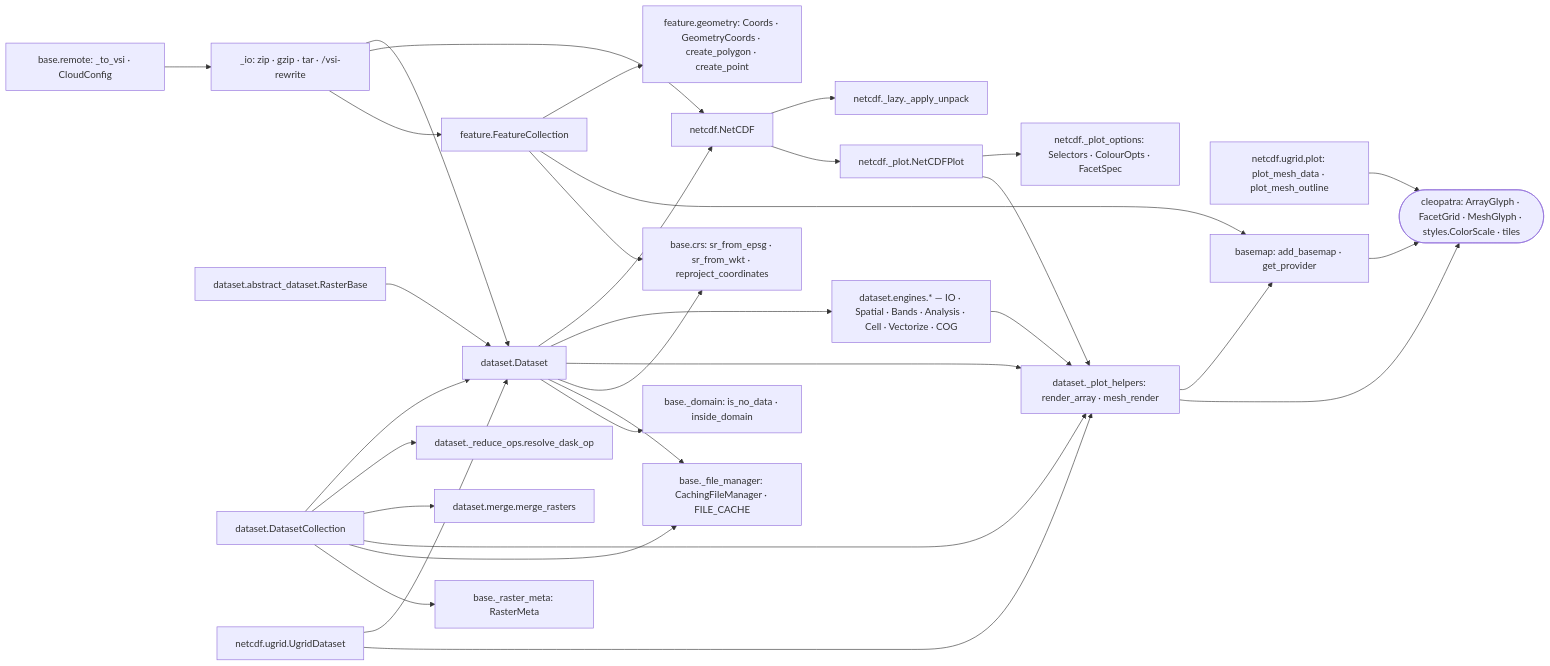
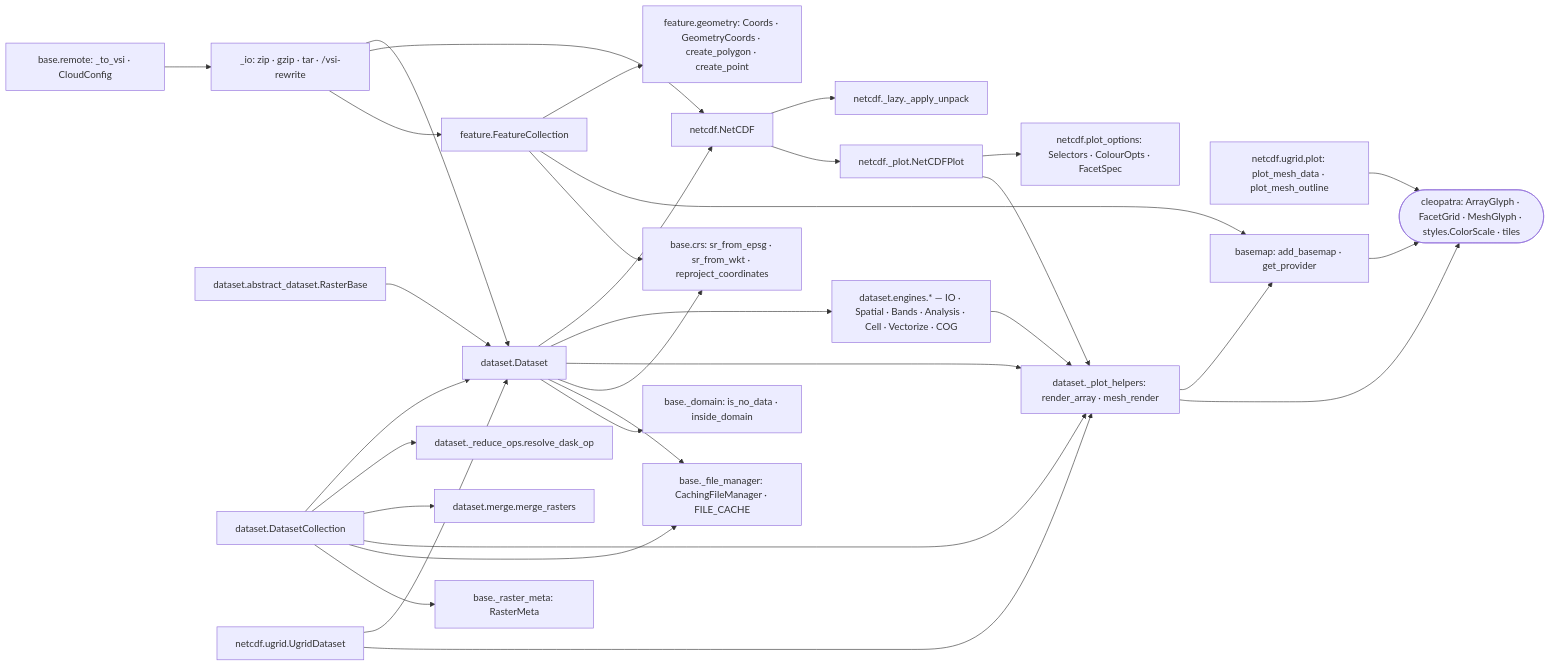
Before and after one commit to serapeum-org/pyramids: the third of 14 diagrams in docs/architecture/diagrams.md, drawn with Mermaid. The commit also changed other lines of this file and 39 other files, not shown here.

````diff
--- a/docs/architecture/diagrams.md
+++ b/docs/architecture/diagrams.md
@@ -62,62 +62,62 @@
 ```mermaid
 flowchart LR
   io[_io: zip · gzip · tar · /vsi-rewrite]
   remote[base.remote: _to_vsi · CloudConfig]
   crs[base.crs: sr_from_epsg · sr_from_wkt · reproject_coordinates]
   dom[base._domain: is_no_data · inside_domain]
   fm[base._file_manager: CachingFileManager · FILE_CACHE]
   meta[base._raster_meta: RasterMeta]
 
   abs[dataset.abstract_dataset.RasterBase]
   ds[dataset.Dataset]
   dc[dataset.DatasetCollection]
   redop[dataset._reduce_ops.resolve_dask_op]
   merge[dataset.merge.merge_rasters]
   eng[dataset.engines.* — IO · Spatial · Bands · Analysis · Cell · Vectorize · COG]
   rendercore[dataset._plot_helpers: render_array · mesh_render]
 
   nc[netcdf.NetCDF]
   ncplot[netcdf._plot.NetCDFPlot]
-  plotopts[netcdf._plot_options: Selectors · ColourOpts · FacetSpec]
+  plotopts[netcdf.plot_options: Selectors · ColourOpts · FacetSpec]
   ugds[netcdf.ugrid.UgridDataset]
   ugplot[netcdf.ugrid.plot: plot_mesh_data · plot_mesh_outline]
   lazy[netcdf._lazy._apply_unpack]
 
   fc[feature.FeatureCollection]
   geom[feature.geometry: Coords · GeometryCoords · create_polygon · create_point]
 
   bm[basemap: add_basemap · get_provider]
   cleo([cleopatra: ArrayGlyph · FacetGrid · MeshGlyph · styles.ColorScale · tiles])
 
   abs --> ds
   ds --> nc
   ds --> eng
   dc --> ds
   dc --> redop
   dc --> merge
   nc --> lazy
   nc --> ncplot
   ncplot --> plotopts
   ncplot --> rendercore
   ugds --> ds
   ugds --> rendercore
   ugplot --> cleo
   ds --> rendercore
   dc --> rendercore
   eng --> rendercore
   rendercore --> bm
   rendercore --> cleo
   bm --> cleo
   fc --> geom
   fc --> bm
   io --> ds
   io --> nc
   io --> fc
   remote --> io
   ds --> crs
   fc --> crs
   ds --> fm
   dc --> fm
   ds --> dom
   dc --> meta
 ```
````
